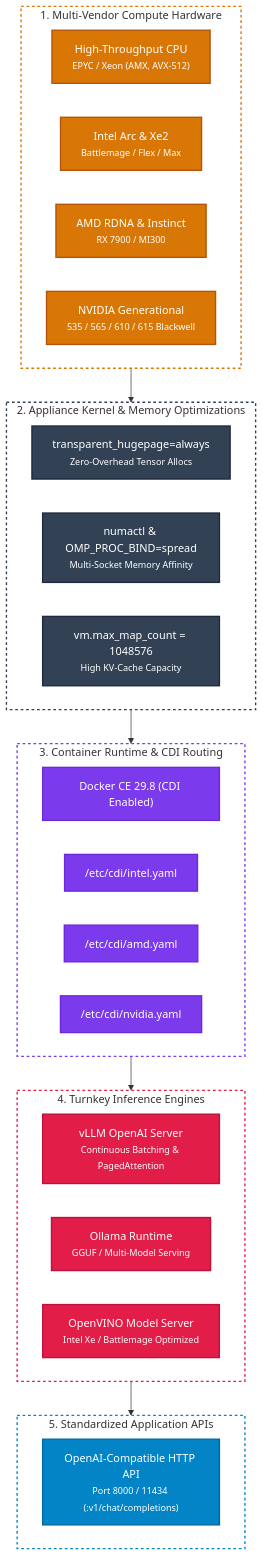
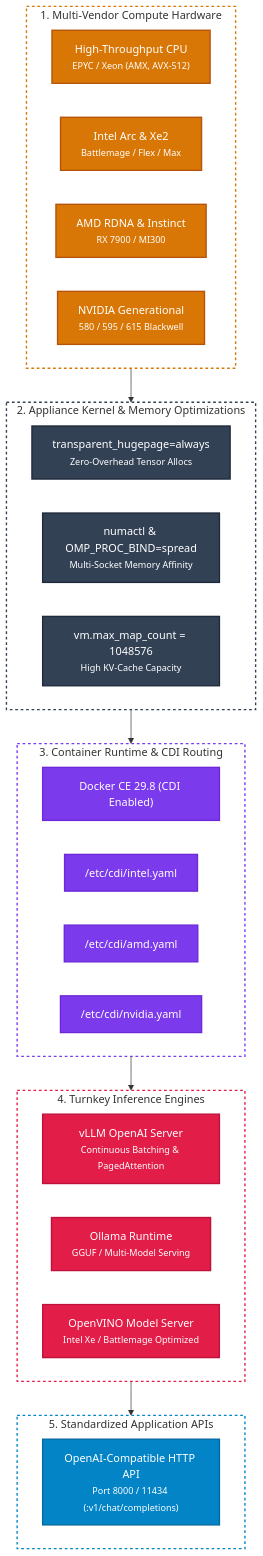
The diagram in docs/flavors/ai-infer.md (cordanaLLM/imago), drawn with Mermaid before and after one commit. The commit also changed other lines of this file and 39 other files, not shown here.

````diff
--- a/docs/flavors/ai-infer.md
+++ b/docs/flavors/ai-infer.md
@@ -20,50 +20,50 @@
 ```mermaid
 flowchart TD
     %% Semantic class definitions with vibrant, high-contrast jewel palettes
     classDef hw fill:#d97706,stroke:#b45309,stroke-width:2px,color:#ffffff
     classDef kernel fill:#334155,stroke:#1e293b,stroke-width:2px,color:#ffffff
     classDef cdi fill:#7c3aed,stroke:#6d28d9,stroke-width:2px,color:#ffffff
     classDef engine fill:#e11d48,stroke:#be123c,stroke-width:2px,color:#ffffff
     classDef api fill:#0284c7,stroke:#0369a1,stroke-width:2px,color:#ffffff
 
     subgraph Hardware["1. Multi-Vendor Compute Hardware"]
         CPU["High-Throughput CPU<br/><small>EPYC / Xeon (AMX, AVX-512)</small>"]:::hw
         Intel["Intel Arc & Xe2<br/><small>Battlemage / Flex / Max</small>"]:::hw
         AMD["AMD RDNA & Instinct<br/><small>RX 7900 / MI300</small>"]:::hw
-        Nvidia["NVIDIA Generational<br/><small>535 / 565 / 610 / 615 Blackwell</small>"]:::hw
+        Nvidia["NVIDIA Generational<br/><small>580 / 595 / 615 Blackwell</small>"]:::hw
     end
 
     subgraph KernelTuning["2. Appliance Kernel & Memory Optimizations"]
         THP["transparent_hugepage=always<br/><small>Zero-Overhead Tensor Allocs</small>"]:::kernel
         NUMA["numactl & OMP_PROC_BIND=spread<br/><small>Multi-Socket Memory Affinity</small>"]:::kernel
         Limits["vm.max_map_count = 1048576<br/><small>High KV-Cache Capacity</small>"]:::kernel
     end
 
     subgraph RuntimeCDI["3. Container Runtime & CDI Routing"]
         Docker["Docker CE 29.8 (CDI Enabled)"]:::cdi
         CDI_Intel["/etc/cdi/intel.yaml"]:::cdi
         CDI_AMD["/etc/cdi/amd.yaml"]:::cdi
         CDI_Nvidia["/etc/cdi/nvidia.yaml"]:::cdi
     end
 
     subgraph Engines["4. Turnkey Inference Engines"]
         VLLM["vLLM OpenAI Server<br/><small>Continuous Batching & PagedAttention</small>"]:::engine
         Ollama["Ollama Runtime<br/><small>GGUF / Multi-Model Serving</small>"]:::engine
         OpenVINO["OpenVINO Model Server<br/><small>Intel Xe / Battlemage Optimized</small>"]:::engine
     end
 
     subgraph Clients["5. Standardized Application APIs"]
         API["OpenAI-Compatible HTTP API<br/><small>Port 8000 / 11434 (:v1/chat/completions)</small>"]:::api
     end
 
     Hardware --> KernelTuning
     KernelTuning --> RuntimeCDI
     RuntimeCDI --> Engines
     Engines --> Clients
 
     style Hardware fill:none,stroke:#d97706,stroke-width:2px,stroke-dasharray: 4 4
     style KernelTuning fill:none,stroke:#334155,stroke-width:2px,stroke-dasharray: 4 4
     style RuntimeCDI fill:none,stroke:#7c3aed,stroke-width:2px,stroke-dasharray: 4 4
     style Engines fill:none,stroke:#e11d48,stroke-width:2px,stroke-dasharray: 4 4
     style Clients fill:none,stroke:#0284c7,stroke-width:2px,stroke-dasharray: 4 4
 ```
````
